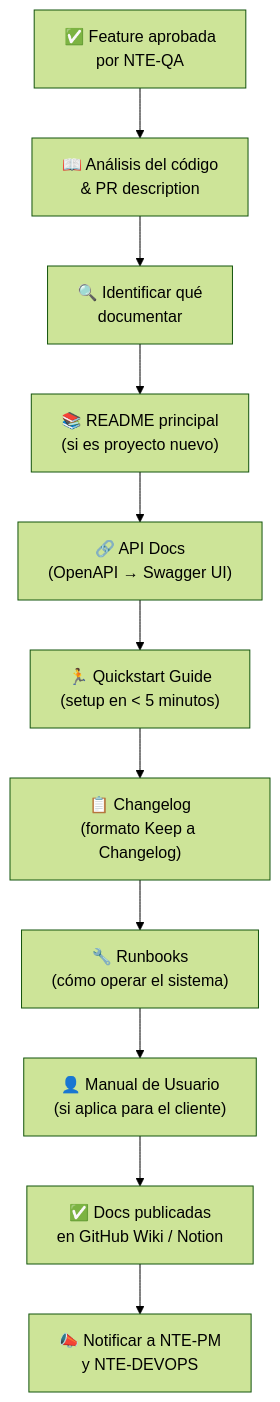
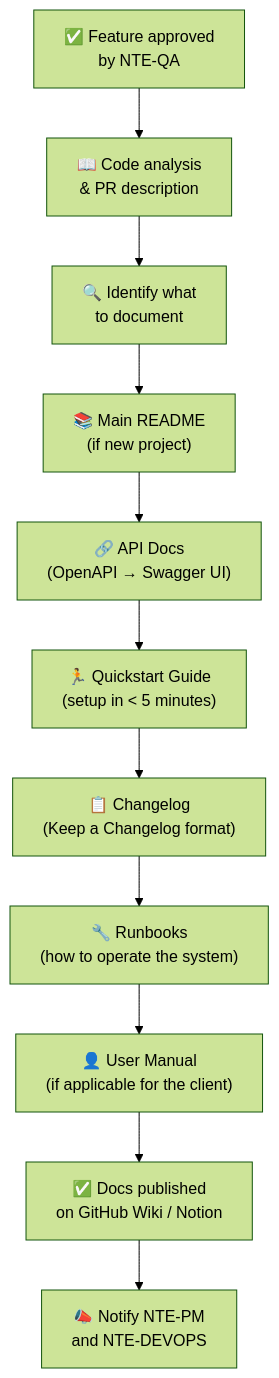
The diagram in documentation/03-agents/software-wing/nte-docs.md (nissienterprise/nissi-openclaw-vps), drawn with Mermaid (forest theme) before and after one commit. The commit also changed other lines of this file and 46 other files, not shown here.

````diff
--- a/documentation/03-agents/software-wing/nte-docs.md
+++ b/documentation/03-agents/software-wing/nte-docs.md
@@ -25,13 +25,13 @@
 ```mermaid
 flowchart TD
-    A["✅ Feature aprobada\npor NTE-QA"] --> B["📖 Análisis del código\n& PR description"]
-    B --> C["🔍 Identificar qué\ndocumentar"]
-    C --> D["📚 README principal\n(si es proyecto nuevo)"]
+    A["✅ Feature approved\nby NTE-QA"] --> B["📖 Code analysis\n& PR description"]
+    B --> C["🔍 Identify what\nto document"]
+    C --> D["📚 Main README\n(if new project)"]
     D --> E["🔗 API Docs\n(OpenAPI → Swagger UI)"]
-    E --> F["🏃 Quickstart Guide\n(setup en < 5 minutos)"]
-    F --> G["📋 Changelog\n(formato Keep a Changelog)"]
-    G --> H["🔧 Runbooks\n(cómo operar el sistema)"]
-    H --> I["👤 Manual de Usuario\n(si aplica para el cliente)"]
-    I --> J["✅ Docs publicadas\nen GitHub Wiki / Notion"]
-    J --> K["📣 Notificar a NTE-PM\ny NTE-DEVOPS"]
+    E --> F["🏃 Quickstart Guide\n(setup in < 5 minutes)"]
+    F --> G["📋 Changelog\n(Keep a Changelog format)"]
+    G --> H["🔧 Runbooks\n(how to operate the system)"]
+    H --> I["👤 User Manual\n(if applicable for the client)"]
+    I --> J["✅ Docs published\non GitHub Wiki / Notion"]
+    J --> K["📣 Notify NTE-PM\nand NTE-DEVOPS"]
 ```
````
